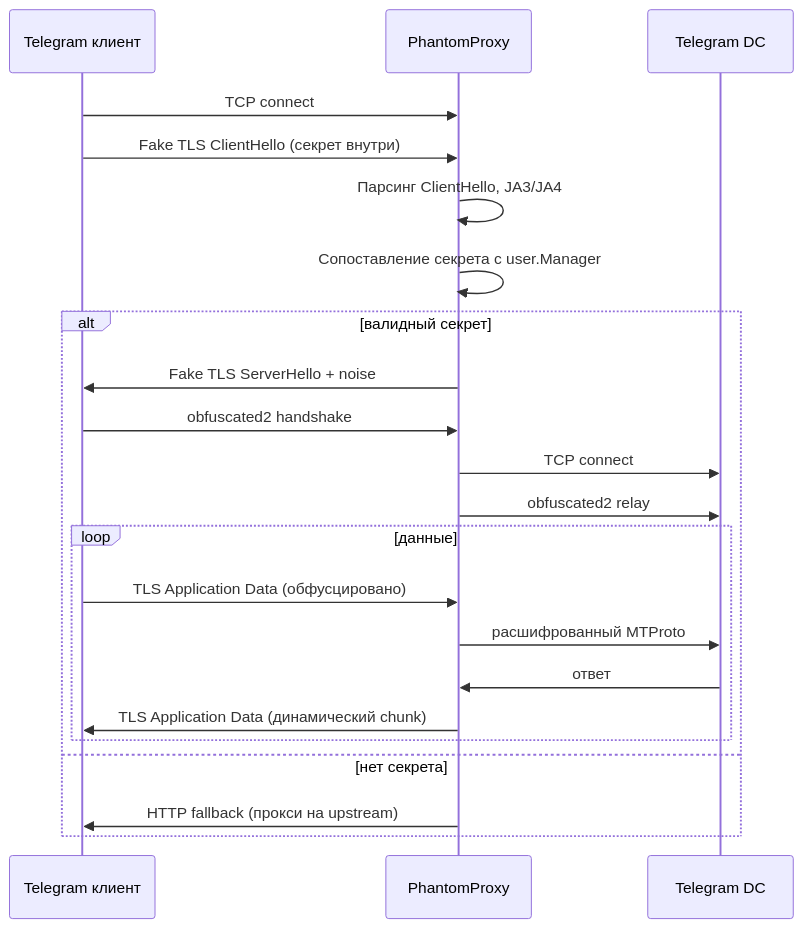
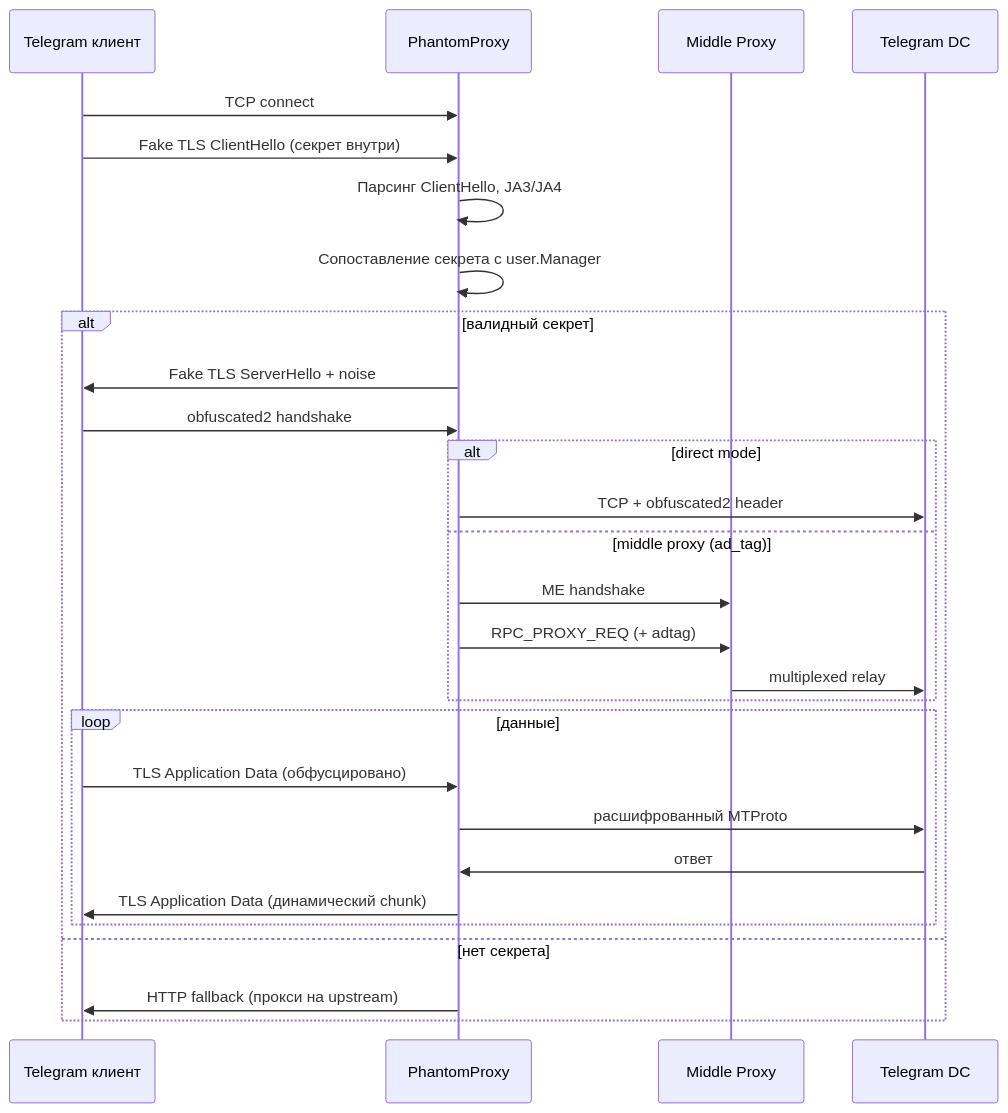
One commit to RioTwWks/PhantomProxy changed the diagram in docs/ARCHITECTURE.md. Above: the diagram before and after it, drawn with Mermaid. The commit also changed other lines of this file and 9 other files, not shown here.

````diff
--- a/docs/ARCHITECTURE.md
+++ b/docs/ARCHITECTURE.md
@@ -15,25 +15,31 @@
 ```mermaid
 sequenceDiagram
     participant C as Telegram клиент
     participant P as PhantomProxy
+    participant ME as Middle Proxy
     participant DC as Telegram DC
 
     C->>P: TCP connect
     C->>P: Fake TLS ClientHello (секрет внутри)
     P->>P: Парсинг ClientHello, JA3/JA4
     P->>P: Сопоставление секрета с user.Manager
     alt валидный секрет
         P->>C: Fake TLS ServerHello + noise
         C->>P: obfuscated2 handshake
-        P->>DC: TCP connect
-        P->>DC: obfuscated2 relay
+        alt direct mode
+            P->>DC: TCP + obfuscated2 header
+        else middle proxy (ad_tag)
+            P->>ME: ME handshake
+            P->>ME: RPC_PROXY_REQ (+ adtag)
+            ME->>DC: multiplexed relay
+        end
         loop данные
             C->>P: TLS Application Data (обфусцировано)
             P->>DC: расшифрованный MTProto
             DC->>P: ответ
             P->>C: TLS Application Data (динамический chunk)
         end
     else нет секрета
         P->>C: HTTP fallback (прокси на upstream)
     end
 ```
````
